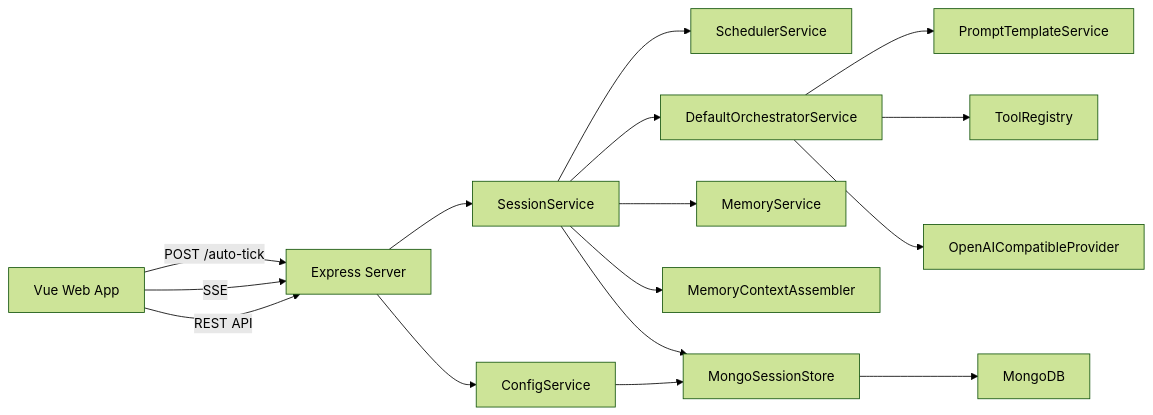
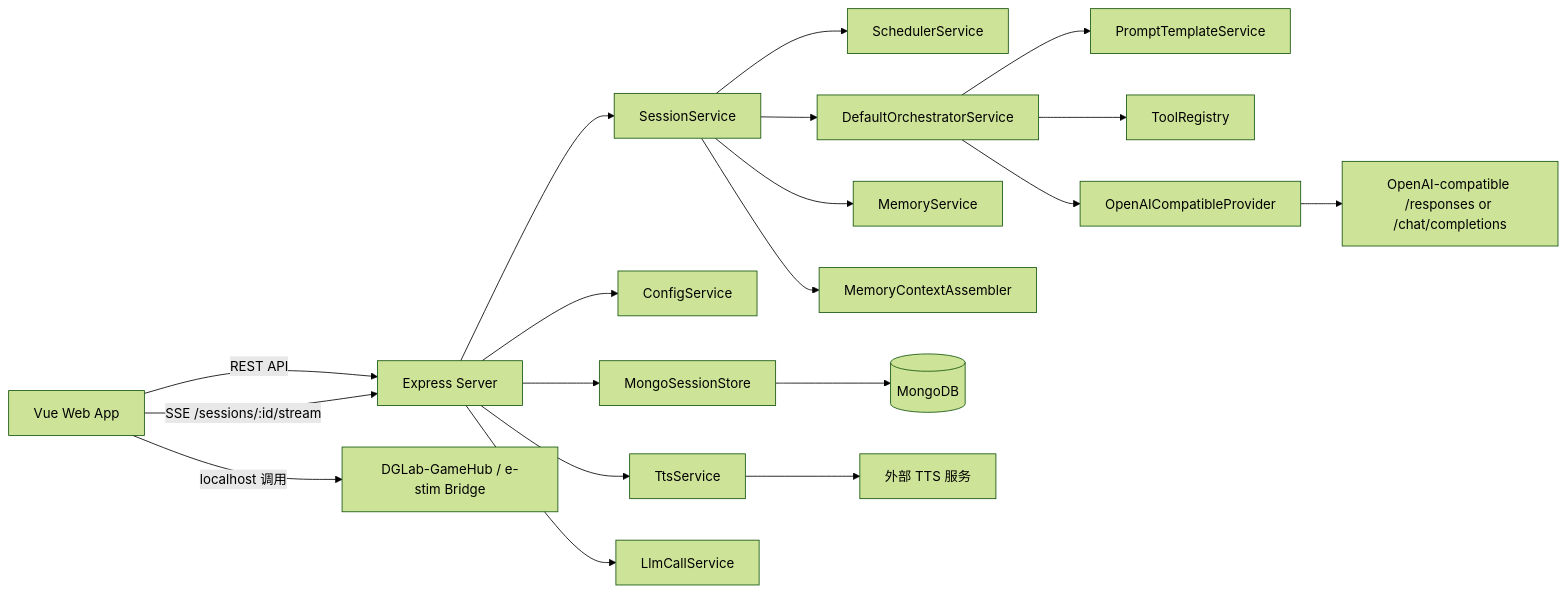
One commit to BobH233/DGLab-AI changed the first of 3 diagrams in doc/architecture.md. Above: the diagram before and after it, drawn with Mermaid (forest theme). The commit also changed other lines of this file and 5 other files, not shown here.

````diff
--- a/doc/architecture.md
+++ b/doc/architecture.md
@@ -19,18 +19,21 @@
 ```mermaid
 flowchart LR
     A["Vue Web App"] -->|"REST API"| B["Express Server"]
-    A -->|"SSE"| B
-    A -->|"POST /auto-tick"| B
-    B --> C["ConfigService"]
-    B --> D["SessionService"]
-    D --> E["SchedulerService"]
-    D --> F["DefaultOrchestratorService"]
-    D --> G["MemoryService"]
-    D --> H["MemoryContextAssembler"]
-    F --> I["PromptTemplateService"]
-    F --> J["ToolRegistry"]
-    F --> K["OpenAICompatibleProvider"]
-    C --> L["MongoSessionStore"]
-    D --> L
-    L --> M["MongoDB"]
+    A -->|"SSE /sessions/:id/stream"| B
+    A -->|"localhost 调用"| G["DGLab-GameHub / e-stim Bridge"]
+    B --> C["MongoSessionStore"]
+    B --> D["ConfigService"]
+    B --> E["SessionService"]
+    B --> F["TtsService"]
+    B --> H["LlmCallService"]
+    E --> I["SchedulerService"]
+    E --> J["DefaultOrchestratorService"]
+    E --> K["MemoryService"]
+    E --> L["MemoryContextAssembler"]
+    J --> M["PromptTemplateService"]
+    J --> N["ToolRegistry"]
+    J --> O["OpenAICompatibleProvider"]
+    C --> P[("MongoDB")]
+    O --> Q["OpenAI-compatible /responses or /chat/completions"]
+    F --> R["外部 TTS 服务"]
 ```
````
